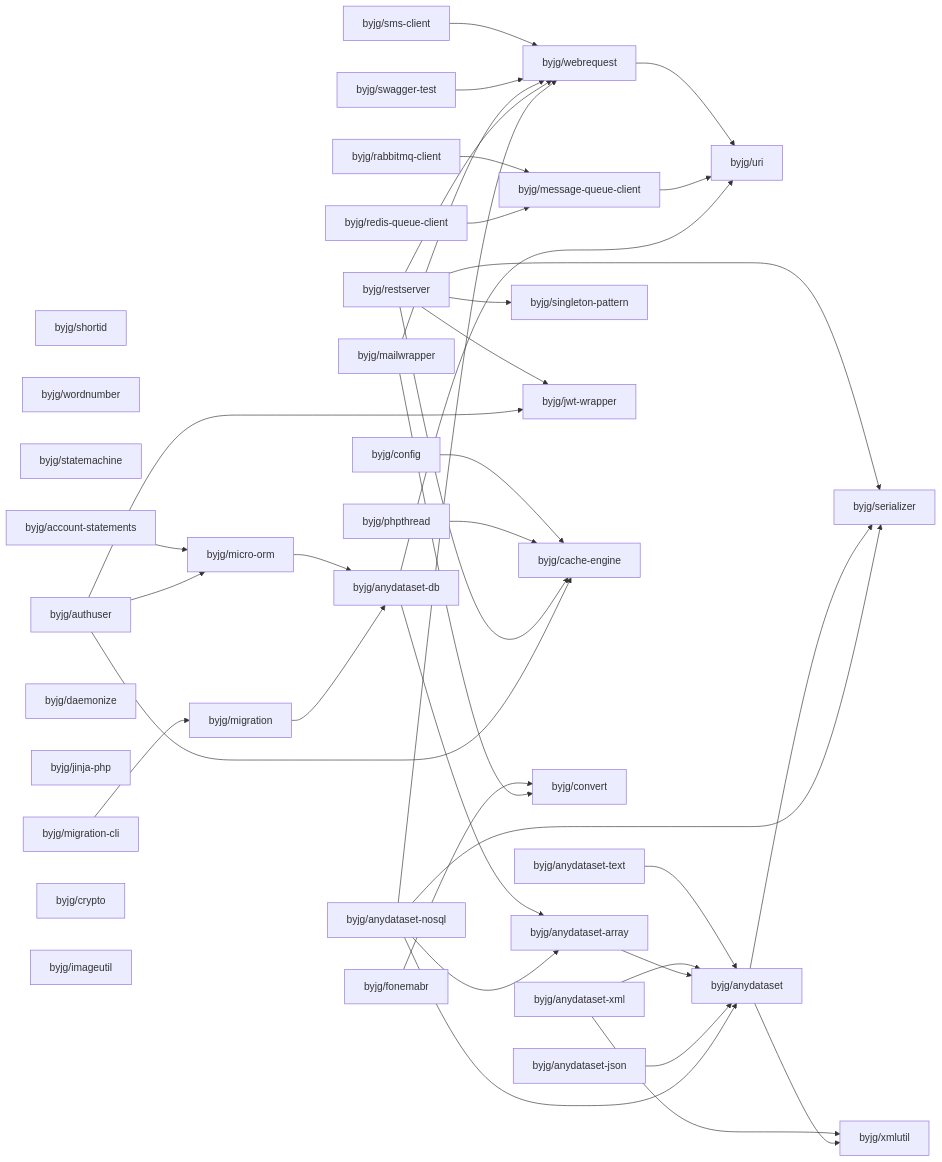
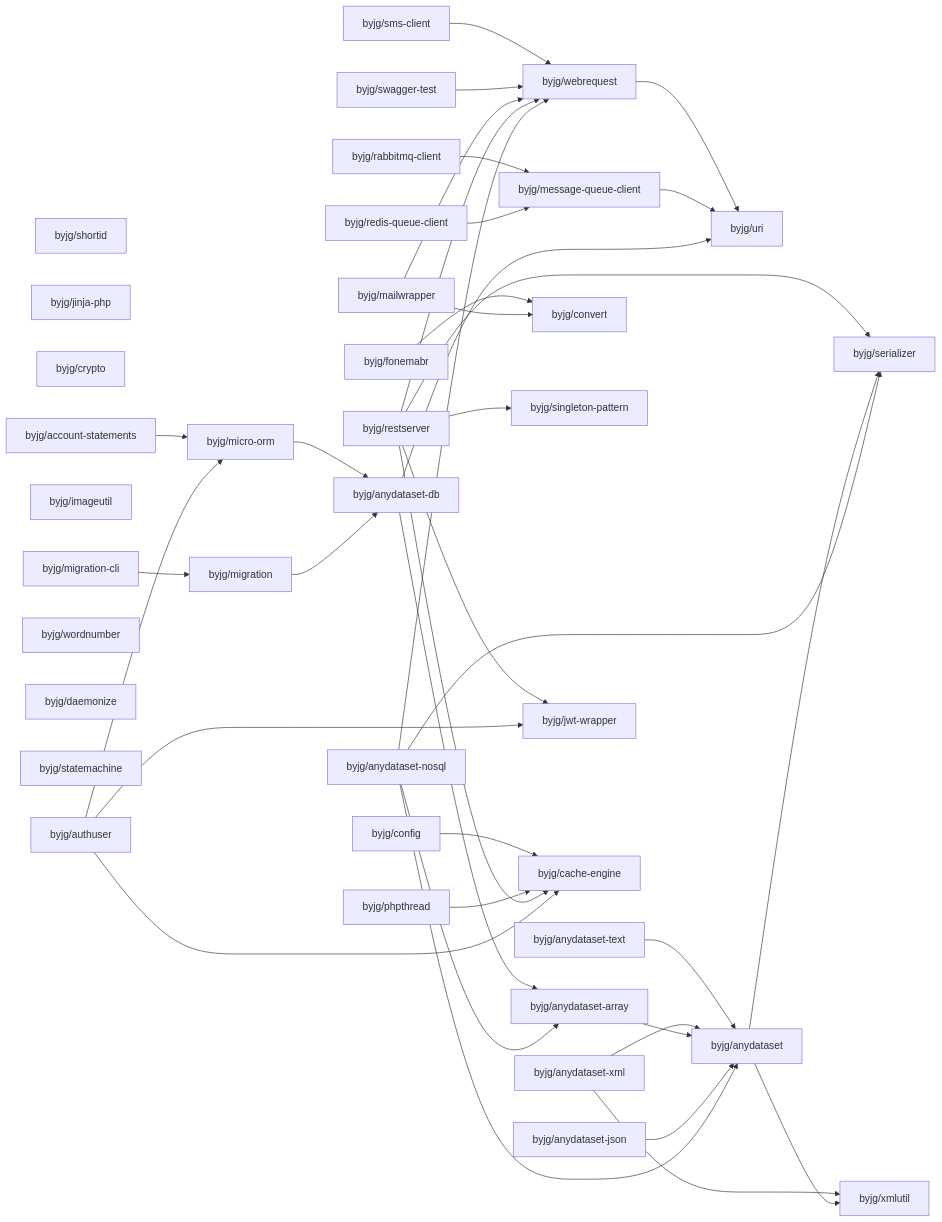
Before and after one commit to byjg/byjg.github.io: the diagram in php/README.md, drawn with Mermaid. The commit also changed other lines of this file and 1 other file, not shown here.

Commit message:
Update documentation 'php' 'php-migration'

````diff
--- a/php/README.md
+++ b/php/README.md
@@ -3,76 +3,76 @@
 ```mermaid
 graph LR;
+  byjg/rabbitmq-client;
+  byjg/sms-client;
+  byjg/fonemabr;
   byjg/shortid;
-  byjg/wordnumber;
-  byjg/config;
-  byjg/statemachine;
-  byjg/rabbitmq-client;
+  byjg/jinja-php;
+  byjg/crypto;
+  byjg/phpthread;
+  byjg/authuser;
+  byjg/anydataset-nosql;
+  byjg/imageutil;
   byjg/anydataset-xml;
+  byjg/redis-queue-client;
+  byjg/migration-cli;
   byjg/anydataset-text;
   byjg/anydataset-json;
-  byjg/migration-cli;
-  byjg/authuser;
-  byjg/sms-client;
-  byjg/redis-queue-client;
-  byjg/daemonize;
-  byjg/jinja-php;
-  byjg/restserver;
-  byjg/account-statements;
-  byjg/fonemabr;
-  byjg/phpthread;
-  byjg/crypto;
-  byjg/imageutil;
-  byjg/anydataset-nosql;
   byjg/mailwrapper;
   byjg/swagger-test;
+  byjg/wordnumber;
+  byjg/restserver;
+  byjg/daemonize;
+  byjg/statemachine;
+  byjg/config;
+  byjg/account-statements;
+  byjg/message-queue-client;
   byjg/migration;
-  byjg/message-queue-client;
+  byjg/convert;
   byjg/singleton-pattern;
+  byjg/webrequest;
   byjg/jwt-wrapper;
+  byjg/cache-engine;
   byjg/micro-orm;
-  byjg/cache-engine;
-  byjg/convert;
-  byjg/webrequest;
   byjg/anydataset-db;
   byjg/anydataset-array;
   byjg/uri;
   byjg/anydataset;
   byjg/serializer;
   byjg/xmlutil;
   byjg/sms-client --> byjg/webrequest;
   byjg/fonemabr --> byjg/convert;
   byjg/config --> byjg/cache-engine;
   byjg/anydataset-text --> byjg/anydataset;
   byjg/webrequest --> byjg/uri;
   byjg/account-statements --> byjg/micro-orm;
   byjg/rabbitmq-client --> byjg/message-queue-client;
   byjg/micro-orm --> byjg/anydataset-db;
   byjg/phpthread --> byjg/cache-engine;
   byjg/swagger-test --> byjg/webrequest;
   byjg/anydataset-xml --> byjg/anydataset;
   byjg/anydataset-xml --> byjg/xmlutil;
   byjg/anydataset-array --> byjg/anydataset;
   byjg/mailwrapper --> byjg/convert;
   byjg/mailwrapper --> byjg/webrequest;
   byjg/message-queue-client --> byjg/uri;
   byjg/anydataset-db --> byjg/anydataset-array;
   byjg/anydataset-db --> byjg/uri;
   byjg/anydataset-json --> byjg/anydataset;
   byjg/migration --> byjg/anydataset-db;
   byjg/redis-queue-client --> byjg/message-queue-client;
   byjg/restserver --> byjg/serializer;
   byjg/restserver --> byjg/singleton-pattern;
   byjg/restserver --> byjg/cache-engine;
   byjg/restserver --> byjg/webrequest;
   byjg/restserver --> byjg/jwt-wrapper;
   byjg/authuser --> byjg/micro-orm;
   byjg/authuser --> byjg/cache-engine;
   byjg/authuser --> byjg/jwt-wrapper;
   byjg/migration-cli --> byjg/migration;
   byjg/anydataset --> byjg/serializer;
   byjg/anydataset --> byjg/xmlutil;
   byjg/anydataset-nosql --> byjg/anydataset;
   byjg/anydataset-nosql --> byjg/anydataset-array;
   byjg/anydataset-nosql --> byjg/serializer;
   byjg/anydataset-nosql --> byjg/webrequest;
 ```
````
